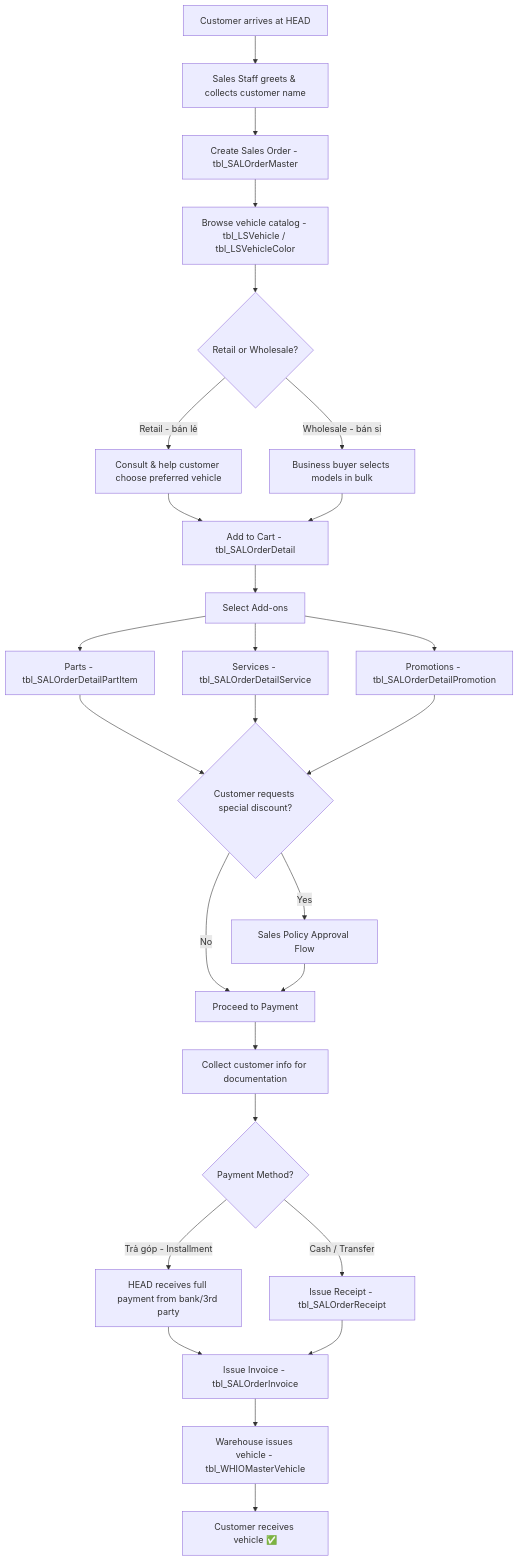
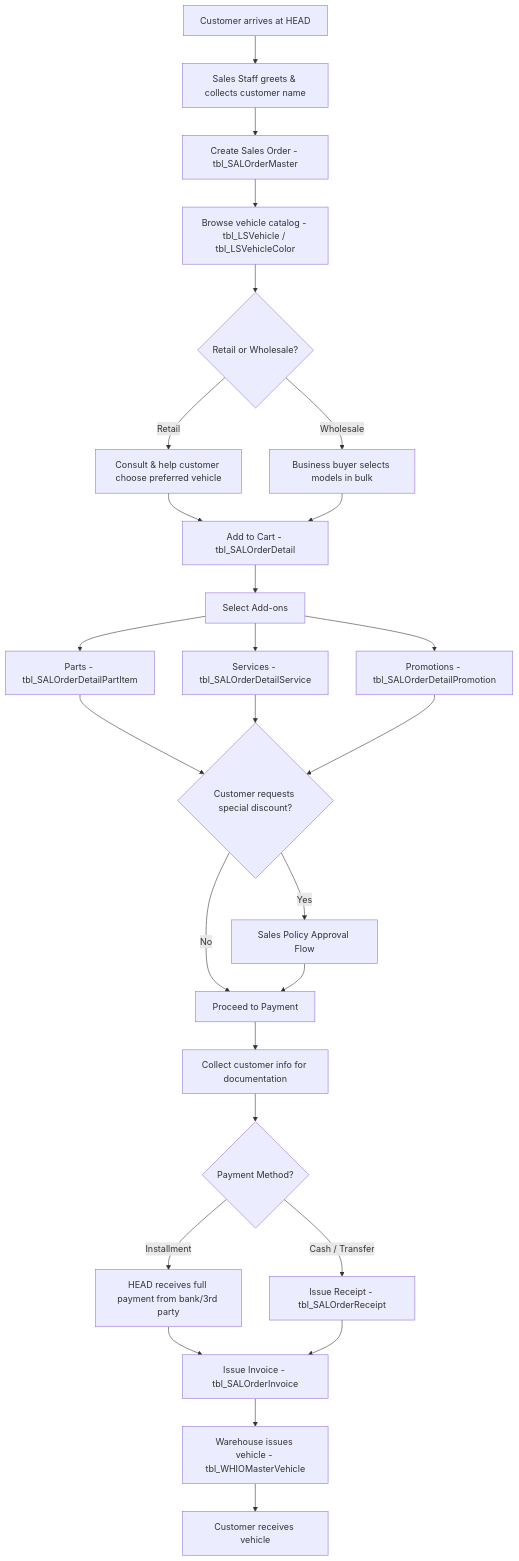
The diagram in .agent/projects/hoaiminh/domain/03-sales-flow.md (PuYet1224/Capstone-ERP-BA), drawn with Mermaid before and after one commit. The commit also changed other lines of this file and 32 other files, not shown here.

````diff
--- a/.agent/projects/hoaiminh/domain/03-sales-flow.md
+++ b/.agent/projects/hoaiminh/domain/03-sales-flow.md
@@ -9,38 +9,38 @@
 ```mermaid
 flowchart TD
     A[Customer arrives at HEAD] --> B[Sales Staff greets & collects customer name]
     B --> C[Create Sales Order - tbl_SALOrderMaster]
     C --> D[Browse vehicle catalog - tbl_LSVehicle / tbl_LSVehicleColor]
     D --> E{Retail or Wholesale?}
     
-    E -->|Retail - bán lẻ| F[Consult & help customer choose preferred vehicle]
-    E -->|Wholesale - bán sỉ| G[Business buyer selects models in bulk]
+    E -->|Retail| F[Consult & help customer choose preferred vehicle]
+    E -->|Wholesale| G[Business buyer selects models in bulk]
     
     F --> H[Add to Cart - tbl_SALOrderDetail]
     G --> H
     
     H --> I[Select Add-ons]
     I --> I1[Parts - tbl_SALOrderDetailPartItem]
     I --> I2[Services - tbl_SALOrderDetailService]
     I --> I3[Promotions - tbl_SALOrderDetailPromotion]
     
     I1 --> J{Customer requests special discount?}
     I2 --> J
     I3 --> J
     
     J -->|No| K[Proceed to Payment]
     J -->|Yes| L[Sales Policy Approval Flow]
     L --> K
     
     K --> M[Collect customer info for documentation]
     M --> N{Payment Method?}
     
-    N -->|Trả góp - Installment| O[HEAD receives full payment from bank/3rd party]
+    N -->|Installment| O[HEAD receives full payment from bank/3rd party]
     N -->|Cash / Transfer| P[Issue Receipt - tbl_SALOrderReceipt]
     
     O --> Q[Issue Invoice - tbl_SALOrderInvoice]
     P --> Q
     
     Q --> R[Warehouse issues vehicle - tbl_WHIOMasterVehicle]
-    R --> S[Customer receives vehicle ✅]
+    R --> S[Customer receives vehicle]
 ```
````
